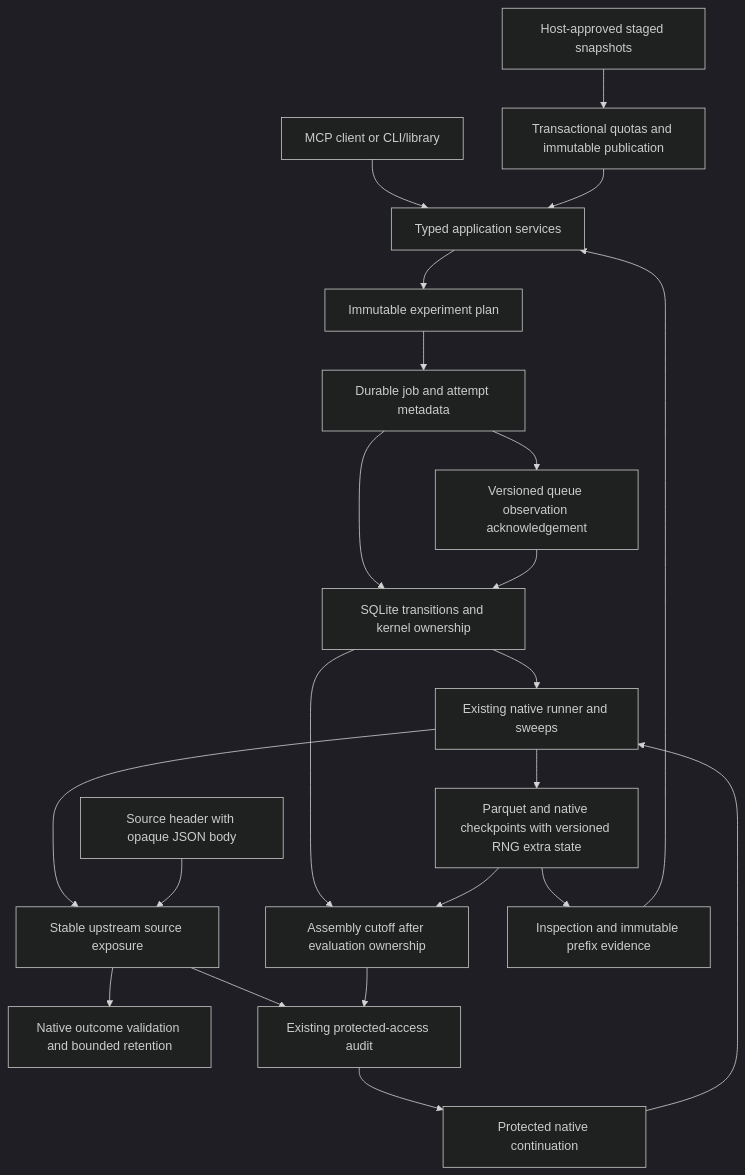
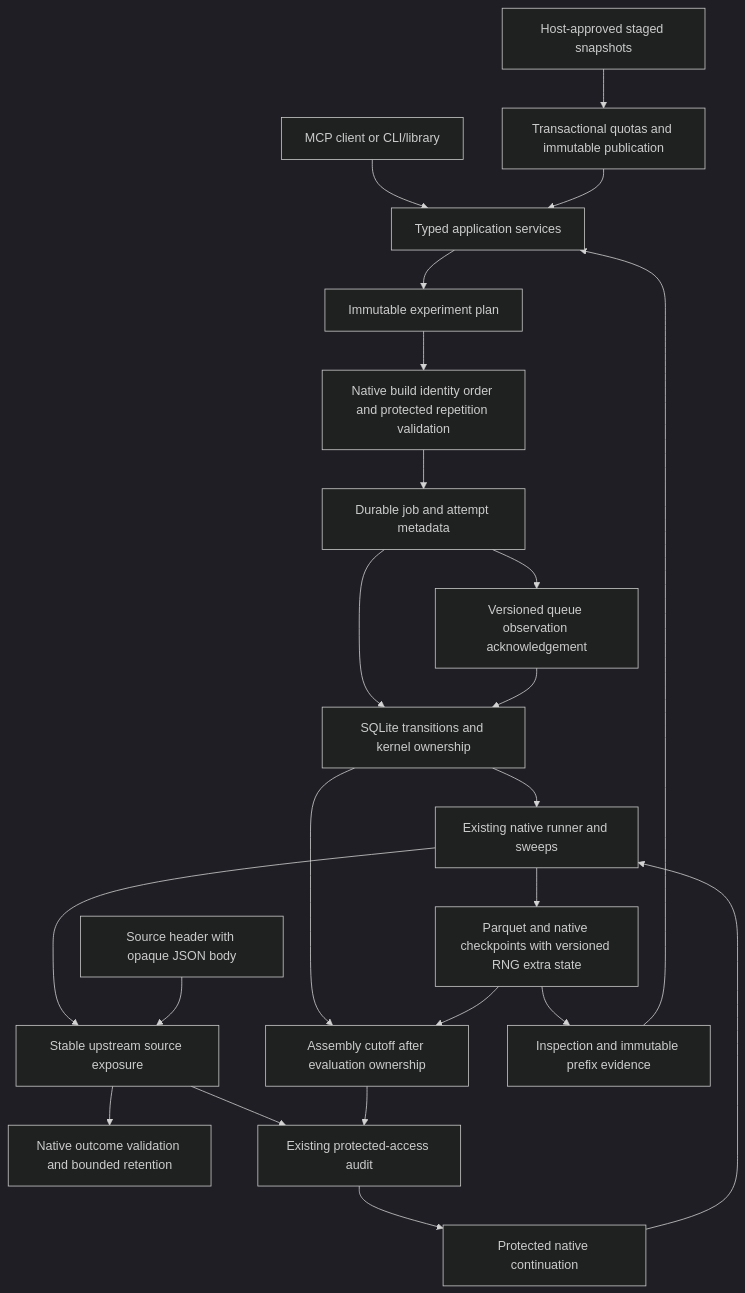
The first of 2 diagrams in docs/workflow-contracts.md (jacksonpradolima/coleman4hcs), drawn with Mermaid (dark theme) before and after one commit. The commit also changed other lines of this file and 10 other files, not shown here.

Commit message:
fix: bind temporal stages to native build identities

````diff
--- a/docs/workflow-contracts.md
+++ b/docs/workflow-contracts.md
@@ -79,24 +85,25 @@
 ```mermaid
 flowchart TD
     Client[MCP client or CLI/library] --> App[Typed application services]
     Registry[Host-approved staged snapshots] --> Admission[Transactional quotas and immutable publication]
     Admission --> App
     App --> Plan[Immutable experiment plan]
-    Plan --> Jobs[Durable job and attempt metadata]
+    Plan --> Preflight[Native build identity order and protected repetition validation]
+    Preflight --> Jobs[Durable job and attempt metadata]
     Jobs --> Ownership[SQLite transitions and kernel ownership]
     Jobs --> Ack[Versioned queue observation acknowledgement]
     Ack --> Ownership
     Ownership --> Runner[Existing native runner and sweeps]
     Runner --> Store[Parquet and native checkpoints with versioned RNG extra state]
     Runner --> Exposure[Stable upstream source exposure]
     Import[Source header with opaque JSON body] --> Exposure
     Exposure --> Decode[Native outcome validation and bounded retention]
     Exposure --> Audit[Existing protected-access audit]
     Ownership --> Window[Assembly cutoff after evaluation ownership]
     Store --> Window
     Window --> Audit
     Audit --> Continuation[Protected native continuation]
     Continuation --> Runner
     Store --> Evidence[Inspection and immutable prefix evidence]
     Evidence --> App
 ```
````
